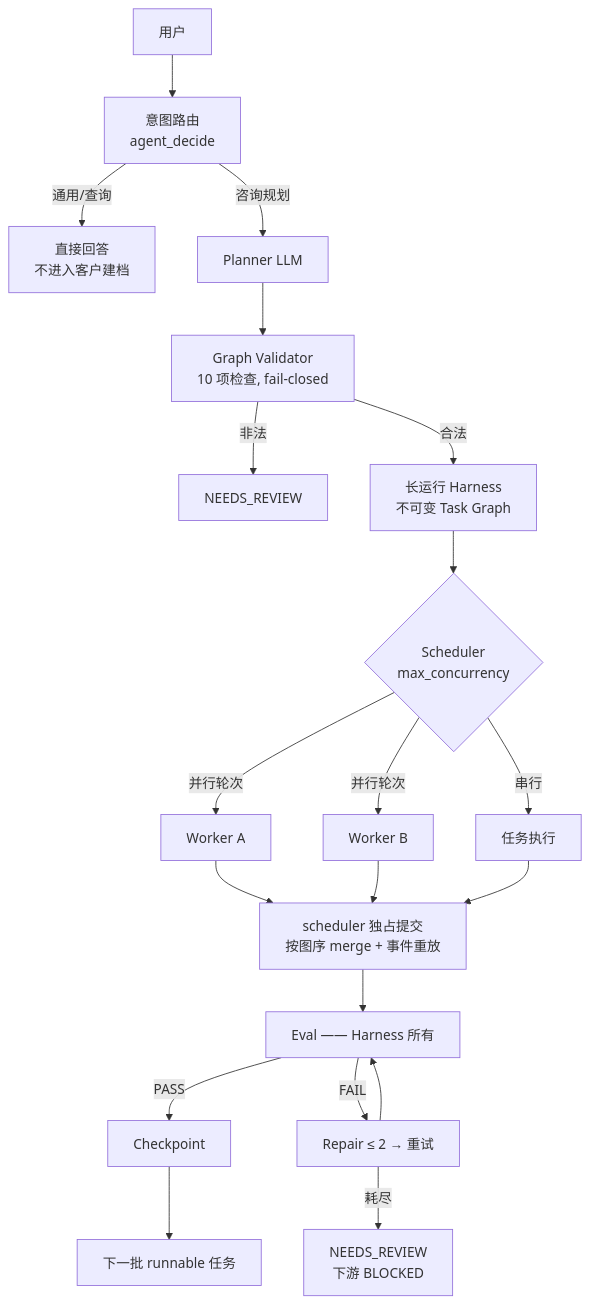
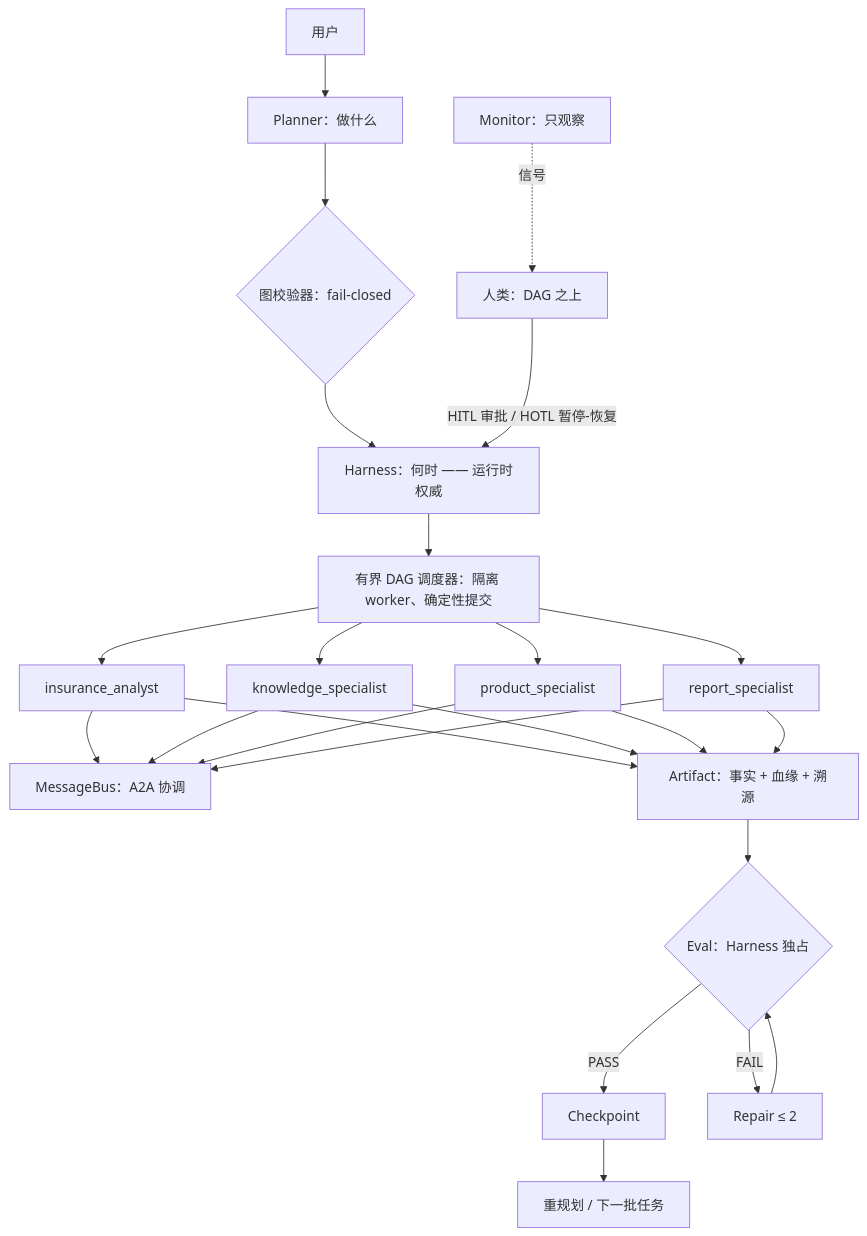
One commit to MontesLee/insurance-agent changed the diagram in README.zh-CN.md. Above: the diagram before and after it, drawn with Mermaid. The commit also changed other lines of this file and 15 other files, not shown here.

````diff
--- a/README.zh-CN.md
+++ b/README.zh-CN.md
@@ -65,20 +48,17 @@
 ```mermaid
 flowchart TD
-    U[用户] --> IR[意图路由<br/>agent_decide]
-    IR -->|通用/查询| QA[直接回答<br/>不进入客户建档]
-    IR -->|咨询规划| PL[Planner LLM]
-    PL --> GV[Graph Validator<br/>10 项检查, fail-closed]
-    GV -->|非法| NR1[NEEDS_REVIEW]
-    GV -->|合法| HA[长运行 Harness<br/>不可变 Task Graph]
-    HA --> SC{Scheduler<br/>max_concurrency}
-    SC -->|串行| A1[任务执行]
-    SC -->|并行轮次| W1[Worker A] & W2[Worker B]
-    W1 & W2 --> CM[scheduler 独占提交<br/>按图序 merge + 事件重放]
-    A1 --> CM
-    CM --> EV[Eval —— Harness 所有]
+    U[用户] --> PL[Planner：做什么]
+    PL --> GV{图校验器：fail-closed}
+    GV --> HA[Harness：何时 —— 运行时权威]
+    HA --> SC[有界 DAG 调度器：隔离 worker、确定性提交]
+    SC --> A1[insurance_analyst] & A2[knowledge_specialist] & A3[product_specialist] & A4[report_specialist]
+    A1 & A2 & A3 & A4 --> BUS[MessageBus：A2A 协调]
+    A1 & A2 & A3 & A4 --> ART[Artifact：事实 + 血缘 + 溯源]
+    ART --> EV{Eval：Harness 独占}
     EV -->|PASS| CP[Checkpoint]
-    EV -->|FAIL| RP[Repair ≤ 2 → 重试]
+    EV -->|FAIL| RP[Repair ≤ 2]
     RP --> EV
-    RP -->|耗尽| NR2[NEEDS_REVIEW<br/>下游 BLOCKED]
-    CP --> NX[下一批 runnable 任务]
+    CP --> NXT[重规划 / 下一批任务]
+    MON[Monitor：只观察] -.信号.-> H
+    H[人类：DAG 之上] -->|HITL 审批 / HOTL 暂停-恢复| HA
 ```
````
